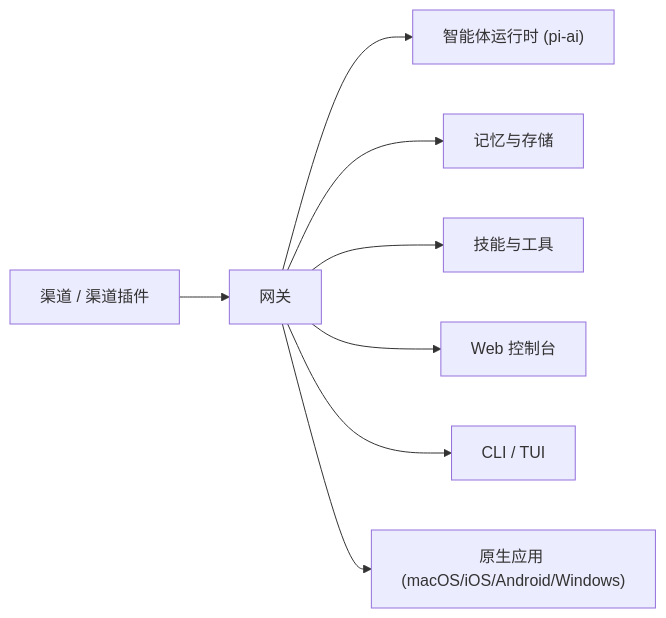
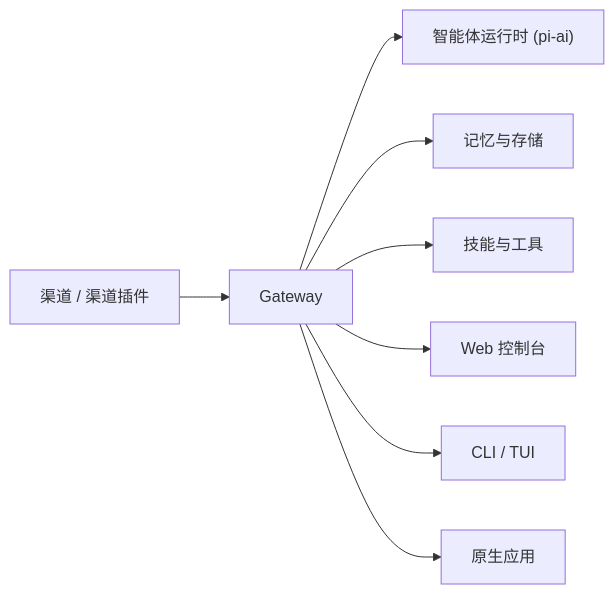
The diagram in README.zh-CN.md (NJX-njx/opensoul), drawn with Mermaid before and after one commit. The commit also changed other lines of this file and 1 other file, not shown here.

````diff
--- a/README.zh-CN.md
+++ b/README.zh-CN.md
@@ -82,10 +83,10 @@
 ```mermaid
 flowchart LR
-  A["渠道 / 渠道插件"] --> B["网关"]
+  A["渠道 / 渠道插件"] --> B["Gateway"]
   B --> C["智能体运行时 (pi-ai)"]
   B --> D["记忆与存储"]
   B --> E["技能与工具"]
   B --> F["Web 控制台"]
   B --> G["CLI / TUI"]
-  B --> H["原生应用 (macOS/iOS/Android/Windows)"]
+  B --> H["原生应用"]
 ```
````
